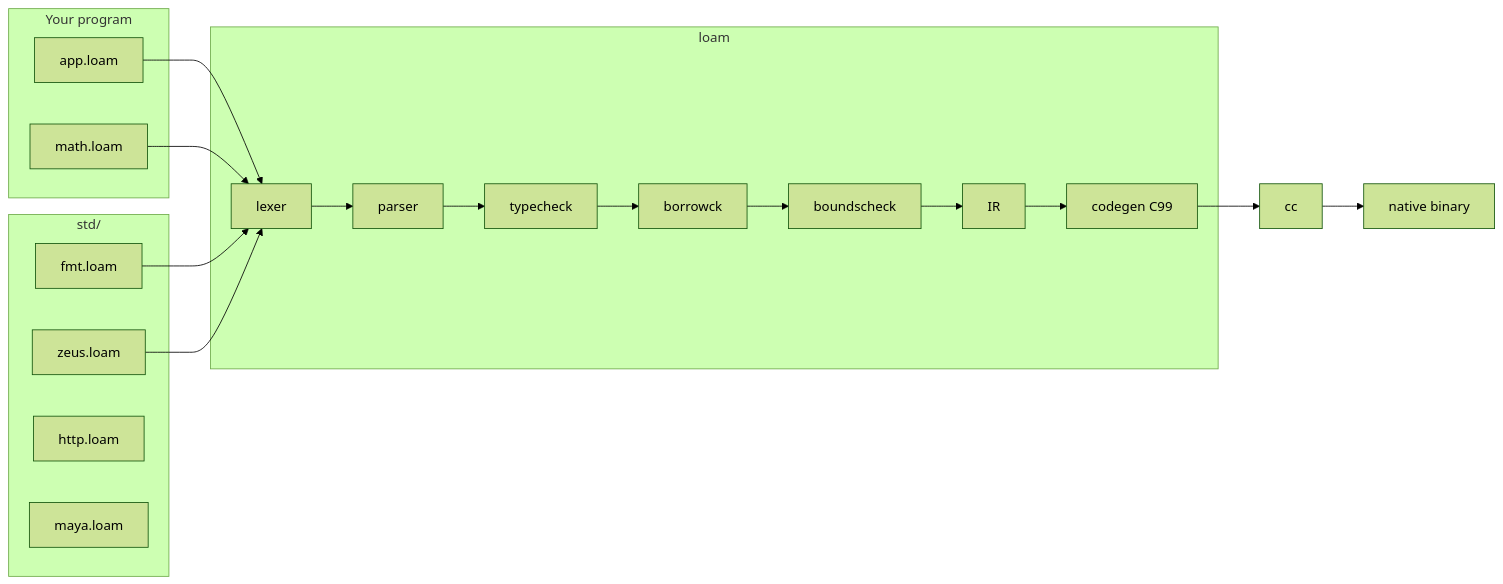
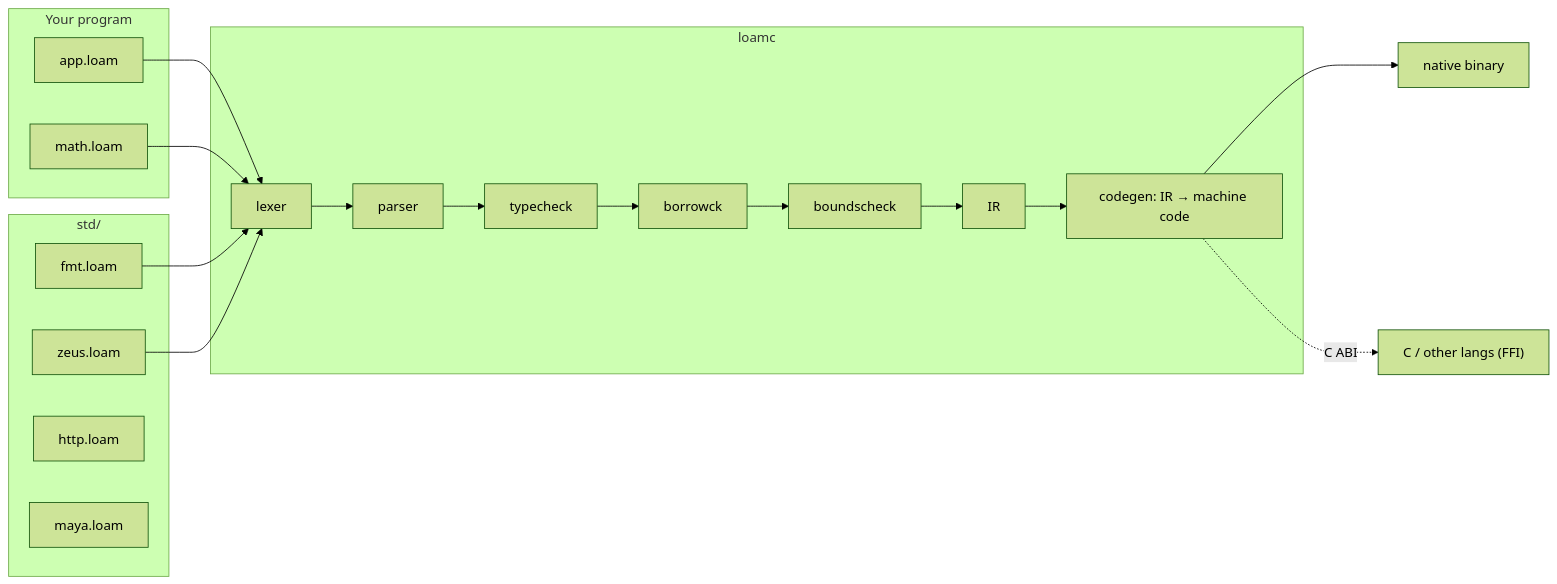
One commit to crestbala/loam changed the diagram in docs/loam.md. Above: the diagram before and after it, drawn with Mermaid (forest theme). The commit also changed other lines of this file and 31 other files, not shown here.

First line of the commit message:
docs: direct machine-code backend, C-ABI FFI boundary, Phase E0 energy baseline

````diff
--- a/docs/loam.md
+++ b/docs/loam.md
@@ -21,29 +21,29 @@
 ```mermaid
 flowchart LR
   subgraph src [Your program]
     A["app.loam"]
     B["math.loam"]
   end
   subgraph stdlib [std/]
     F["fmt.loam"]
     Y["zeus.loam"]
     H["http.loam"]
     M["maya.loam"]
   end
-  subgraph loam [loam]
+  subgraph loam [loamc]
     L[lexer]
     P[parser]
     T[typecheck]
     K[borrowck]
     N[boundscheck]
     I[IR]
-    C[codegen C99]
+    G[codegen: IR → machine code]
   end
   A --> L
   B --> L
   F --> L
   Y --> L
-  L --> P --> T --> K --> N --> I --> C
-  C --> CC["cc"]
-  CC --> BIN["native binary"]
+  L --> P --> T --> K --> N --> I --> G
+  G --> BIN["native binary"]
+  G -. C ABI .-> EXT["C / other langs (FFI)"]
 ```
````
